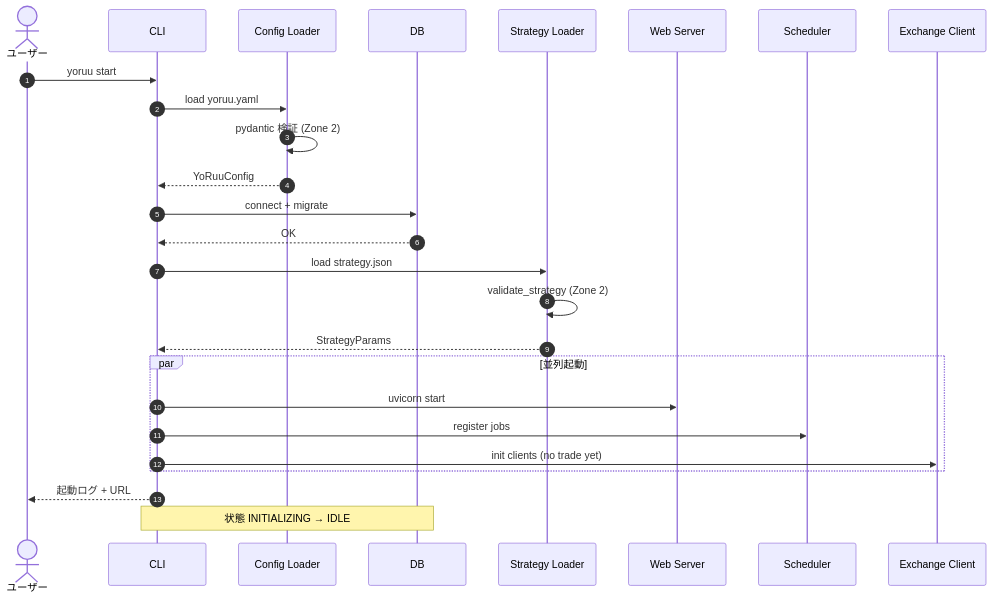
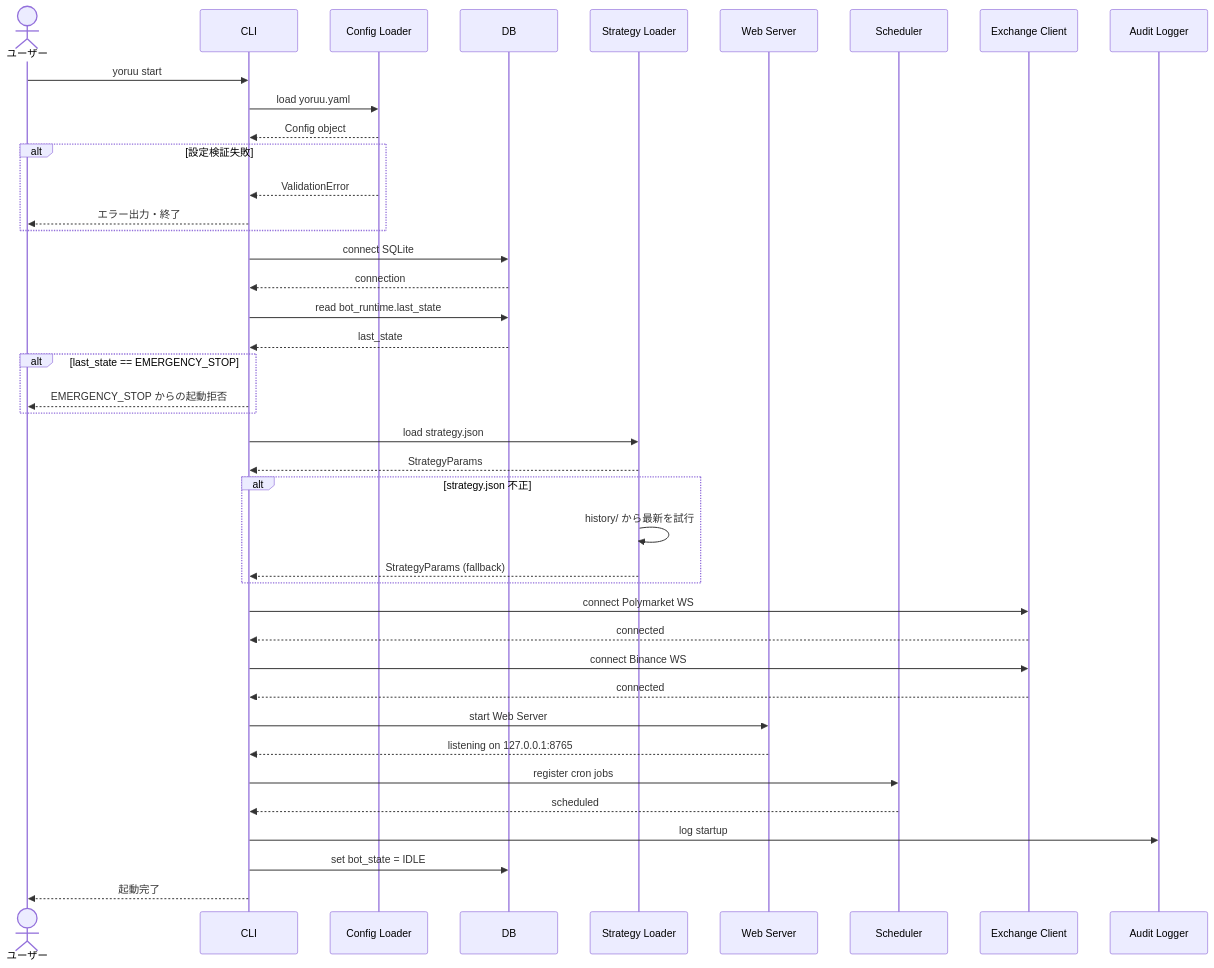
Before and after one commit to matrix9neonebuchadnezzar2199-sketch/YoRuu: the first of 7 diagrams in docs/design/06_sequence.md, drawn with Mermaid. The commit also changed other lines of this file and 8 other files, not shown here.

````diff
--- a/docs/design/06_sequence.md
+++ b/docs/design/06_sequence.md
@@ -13,29 +10,44 @@
 ```mermaid
 sequenceDiagram
-    autonumber
     actor U as ユーザー
-    participant CLI as CLI
+    participant CLI
     participant CFG as Config Loader
-    participant DB as DB
-    participant STR as Strategy Loader
-    participant WEB as Web Server
+    participant DB
+    participant SL as Strategy Loader
+    participant WS as Web Server
     participant SCH as Scheduler
     participant EX as Exchange Client
+    participant AL as Audit Logger
 
     U->>CLI: yoruu start
     CLI->>CFG: load yoruu.yaml
-    CFG->>CFG: pydantic 検証 (Zone 2)
-    CFG-->>CLI: YoRuuConfig
-    CLI->>DB: connect + migrate
-    DB-->>CLI: OK
-    CLI->>STR: load strategy.json
-    STR->>STR: validate_strategy (Zone 2)
-    STR-->>CLI: StrategyParams
-  par 並列起動
-    CLI->>WEB: uvicorn start
-    CLI->>SCH: register jobs
-    CLI->>EX: init clients (no trade yet)
-  end
-    CLI-->>U: 起動ログ + URL
-    Note over CLI,DB: 状態 INITIALIZING → IDLE
+    CFG-->>CLI: Config object
+    alt 設定検証失敗
+        CFG-->>CLI: ValidationError
+        CLI-->>U: エラー出力・終了
+    end
+    CLI->>DB: connect SQLite
+    DB-->>CLI: connection
+    CLI->>DB: read bot_runtime.last_state
+    DB-->>CLI: last_state
+    alt last_state == EMERGENCY_STOP
+        CLI-->>U: EMERGENCY_STOP からの起動拒否
+    end
+    CLI->>SL: load strategy.json
+    SL-->>CLI: StrategyParams
+    alt strategy.json 不正
+        SL->>SL: history/ から最新を試行
+        SL-->>CLI: StrategyParams (fallback)
+    end
+    CLI->>EX: connect Polymarket WS
+    EX-->>CLI: connected
+    CLI->>EX: connect Binance WS
+    EX-->>CLI: connected
+    CLI->>WS: start Web Server
+    WS-->>CLI: listening on 127.0.0.1:8765
+    CLI->>SCH: register cron jobs
+    SCH-->>CLI: scheduled
+    CLI->>AL: log startup
+    CLI->>DB: set bot_state = IDLE
+    CLI-->>U: 起動完了
 ```
````
